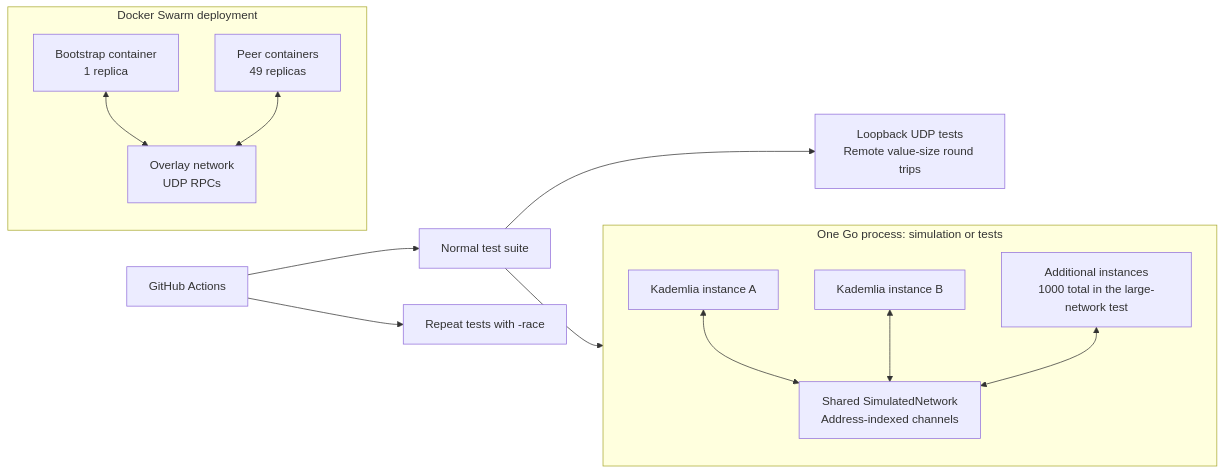
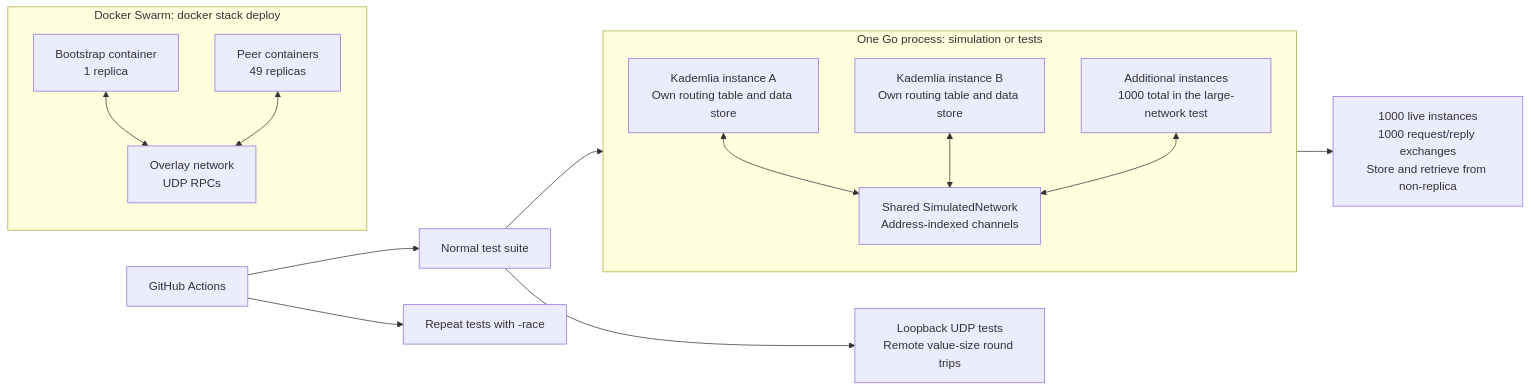
Before and after one commit to mohraj-0/Mobil-and-distributed-D7024E: diagram 17 of 17 in labs/ARCHITECTURE.md, drawn with Mermaid. The commit also changed other lines of this file, not shown here.

````diff
--- a/labs/ARCHITECTURE.md
+++ b/labs/ARCHITECTURE.md
@@ -405,23 +452,24 @@
 ```mermaid
 flowchart LR
     subgraph Simulation["One Go process: simulation or tests"]
-        A["Kademlia instance A"]
-        B["Kademlia instance B"]
+        A["Kademlia instance A<br/>Own routing table and data store"]
+        B["Kademlia instance B<br/>Own routing table and data store"]
         MANY["Additional instances<br/>1000 total in the large-network test"]
         BUS["Shared SimulatedNetwork<br/>Address-indexed channels"]
         A <--> BUS
         B <--> BUS
         MANY <--> BUS
     end
-    subgraph Docker["Docker Swarm deployment"]
+    subgraph Docker["Docker Swarm: docker stack deploy"]
         BOOT["Bootstrap container<br/>1 replica"]
         PEERS["Peer containers<br/>49 replicas"]
         OVERLAY["Overlay network<br/>UDP RPCs"]
         BOOT <--> OVERLAY
         PEERS <--> OVERLAY
     end
     TEST["Normal test suite"] --> Simulation
+    Simulation --> RING["1000 live instances<br/>1000 request/reply exchanges<br/>Store and retrieve from non-replica"]
     TEST --> LOOPBACK["Loopback UDP tests<br/>Remote value-size round trips"]
     CI["GitHub Actions"] --> TEST
     CI --> RACE["Repeat tests with -race"]
 ```
````
